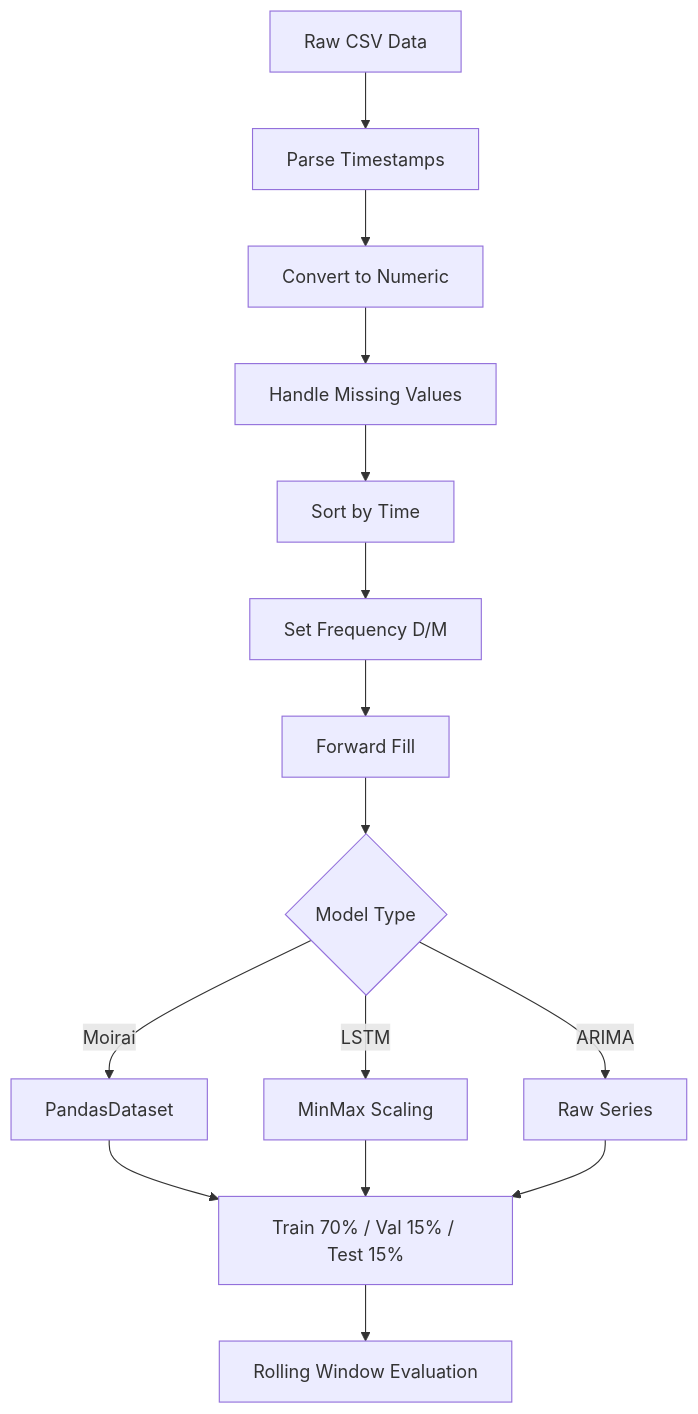
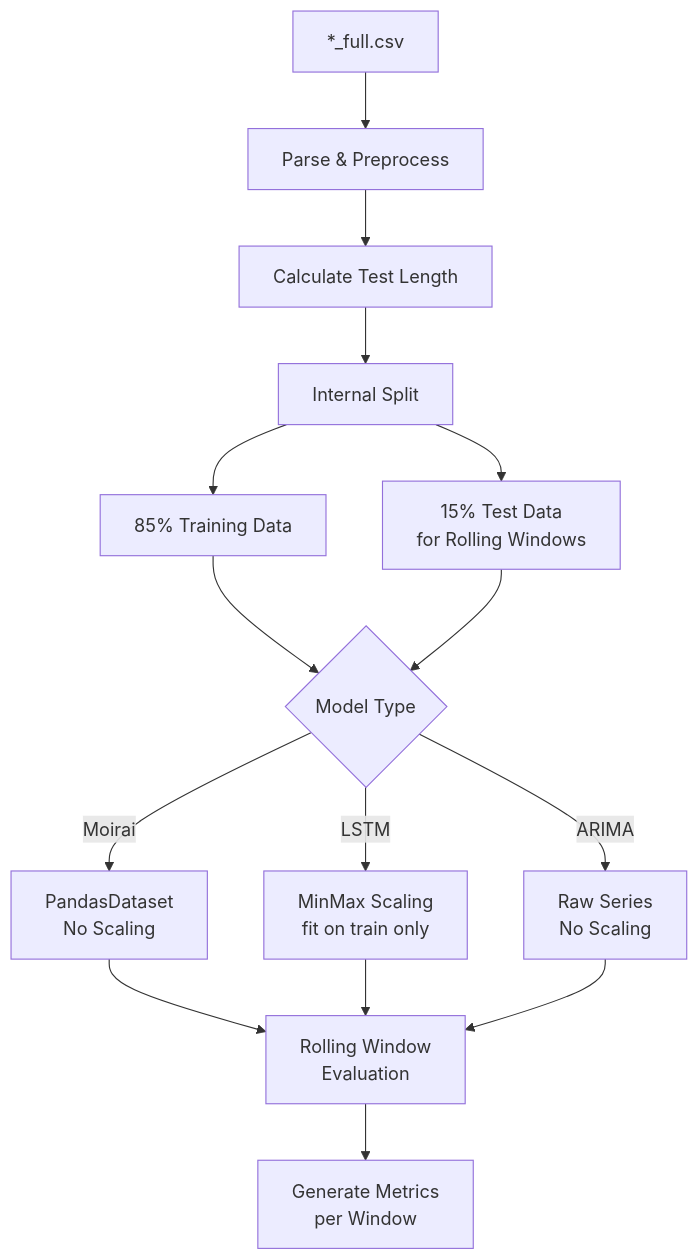
Before and after one commit to luckedenn/Moirai_forecasting: the third of 3 diagrams in README.md, drawn with Mermaid. The commit also changed other lines of this file and 1 other file, not shown here.

````diff
--- a/README.md
+++ b/README.md
@@ -278,17 +316,17 @@
 ```mermaid
 graph TD
-    A["Raw CSV Data"] --> B["Parse Timestamps"]
-    B --> C["Convert to Numeric"]
-    C --> D["Handle Missing Values"]
-    D --> E["Sort by Time"]
-    E --> F["Set Frequency D/M"]
-    F --> G["Forward Fill"]
-    G --> H{Model Type}
-    H -->|Moirai| I["PandasDataset"]
-    H -->|LSTM| J["MinMax Scaling"]
-    H -->|ARIMA| K["Raw Series"]
-    I --> L["Train 70% / Val 15% / Test 15%"]
-    J --> L
-    K --> L
-    L --> M["Rolling Window Evaluation"]
+    A["*_full.csv"] --> B["Parse & Preprocess"]
+    B --> C["Calculate Test Length"]
+    C --> D["Internal Split"]
+    D --> D1["85% Training Data"]
+    D --> D2["15% Test Data<br/>for Rolling Windows"]
+    D1 --> E{Model Type}
+    D2 --> E
+    E -->|Moirai| F["PandasDataset<br/>No Scaling"]
+    E -->|LSTM| G["MinMax Scaling<br/>fit on train only"]
+    E -->|ARIMA| H["Raw Series<br/>No Scaling"]
+    F --> I["Rolling Window<br/>Evaluation"]
+    G --> I
+    H --> I
+    I --> J["Generate Metrics<br/>per Window"]
 ```
````
